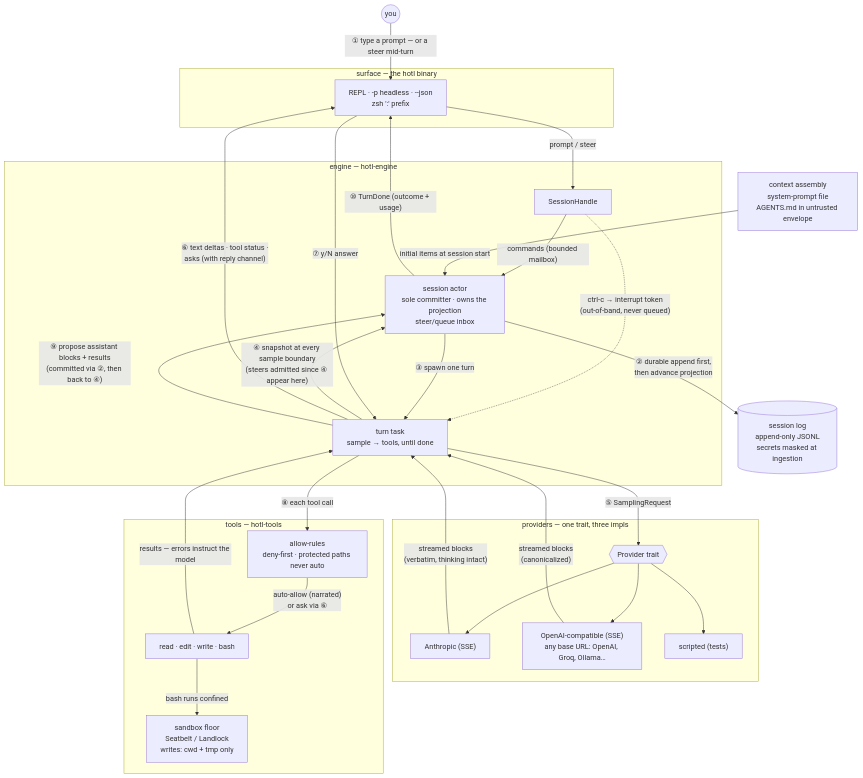
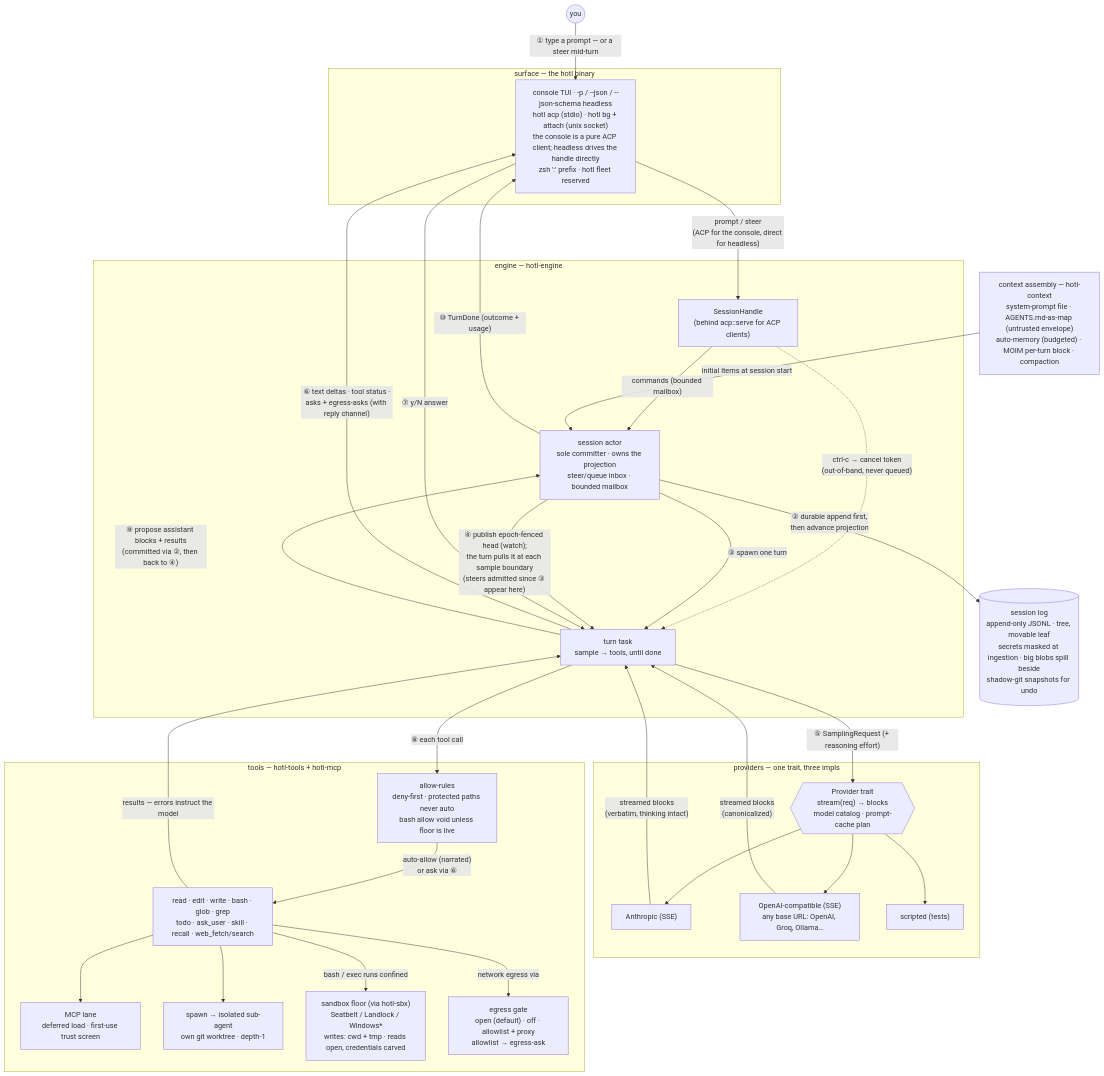
The diagram in ARCHITECTURE.md (nrakochy/hotl), drawn with Mermaid before and after one commit. The commit also changed other lines of this file, not shown here.

Commit message:
docs(architecture): refresh data-flow diagram to match shipped code
Verified the diagram against the current crates and corrected the drift:

- surface: the "REPL" node is gone — the console TUI is a pure ACP client of
  an in-process acp::serve; -p/--json/--json-schema is the headless path that
  drives SessionHandle directly; hotl acp / bg+attach are their own surfaces.
- flow (4): the turn no longer sends the actor a snapshot request; the actor
  publishes an epoch-fenced head over a watch channel that the turn pulls at
  each sample boundary.
- tools: the box now shows the real set (read/edit/write/bash/glob/grep,
  todo/ask_user/skill/recall/web_fetch/search), the MCP lane, the
  spawn/worktree lane, the tri-platform sandbox floor with the credential
  read-carve, and the previously-undrawn network egress gate.
- persistence/context: log node gains blob spill + shadow-git; context node
  gains auto-memory and the MOIM per-turn block.
- prose: the provider catalog ships (was "deferred"); "no RAG" softened to the
  opt-in recall tool; caption reframed since ACP is already the console's
  transport.

````diff
--- a/ARCHITECTURE.md
+++ b/ARCHITECTURE.md
@@ -38,53 +38,59 @@
 ```mermaid
 flowchart TB
     YOU((you))
 
     subgraph SURFACE["surface — the hotl binary"]
-        REPL["REPL · -p headless · --json<br/>zsh ':' prefix"]
+        CLIENT["console TUI · -p / --json / --json-schema headless<br/>hotl acp (stdio) · hotl bg + attach (unix socket)<br/>the console is a pure ACP client; headless drives the handle directly<br/>zsh ':' prefix · hotl fleet reserved"]
     end
 
     subgraph ENGINE["engine — hotl-engine"]
-        HANDLE["SessionHandle"]
-        ACTOR["session actor<br/>sole committer · owns the projection<br/>steer/queue inbox"]
+        HANDLE["SessionHandle<br/>(behind acp::serve for ACP clients)"]
+        ACTOR["session actor<br/>sole committer · owns the projection<br/>steer/queue inbox · bounded mailbox"]
         TURN["turn task<br/>sample → tools, until done"]
     end
 
     subgraph PROVIDERS["providers — one trait, three impls"]
-        P{{"Provider trait"}}
+        P{{"Provider trait<br/>stream(req) → blocks<br/>model catalog · prompt-cache plan"}}
         A["Anthropic (SSE)"]
         O["OpenAI-compatible (SSE)<br/>any base URL: OpenAI, Groq, Ollama…"]
         S["scripted (tests)"]
     end
 
-    subgraph TOOLS["tools — hotl-tools"]
-        RULES["allow-rules<br/>deny-first · protected paths never auto"]
-        T["read · edit · write · bash"]
-        SBX["sandbox floor<br/>Seatbelt / Landlock<br/>writes: cwd + tmp only"]
+    subgraph TOOLS["tools — hotl-tools + hotl-mcp"]
+        RULES["allow-rules<br/>deny-first · protected paths never auto<br/>bash allow void unless floor is live"]
+        T["read · edit · write · bash · glob · grep<br/>todo · ask_user · skill · recall · web_fetch/search"]
+        MCP["MCP lane<br/>deferred load · first-use trust screen"]
+        SPAWN["spawn → isolated sub-agent<br/>own git worktree · depth-1"]
+        SBX["sandbox floor (via hotl-sbx)<br/>Seatbelt / Landlock / Windows*<br/>writes: cwd + tmp · reads open, credentials carved"]
+        NET["egress gate<br/>open (default) · off · allowlist + proxy<br/>allowlist → egress-ask"]
     end
 
-    LOG[("session log<br/>append-only JSONL<br/>secrets masked at ingestion")]
-    CTX["context assembly<br/>system-prompt file<br/>AGENTS.md in untrusted envelope"]
+    LOG[("session log<br/>append-only JSONL · tree, movable leaf<br/>secrets masked at ingestion · big blobs spill beside<br/>shadow-git snapshots for undo")]
+    CTX["context assembly — hotl-context<br/>system-prompt file · AGENTS.md-as-map (untrusted envelope)<br/>auto-memory (budgeted) · MOIM per-turn block · compaction"]
 
-    YOU -->|"① type a prompt — or a steer mid-turn"| REPL
-    REPL -->|"prompt / steer"| HANDLE
+    YOU -->|"① type a prompt — or a steer mid-turn"| CLIENT
+    CLIENT -->|"prompt / steer<br/>(ACP for the console, direct for headless)"| HANDLE
     HANDLE -->|"commands (bounded mailbox)"| ACTOR
-    HANDLE -.->|"ctrl-c → interrupt token<br/>(out-of-band, never queued)"| TURN
+    HANDLE -.->|"ctrl-c → cancel token<br/>(out-of-band, never queued)"| TURN
     CTX -->|"initial items at session start"| ACTOR
     ACTOR -->|"② durable append first,<br/>then advance projection"| LOG
     ACTOR -->|"③ spawn one turn"| TURN
-    TURN -->|"④ snapshot at every sample boundary<br/>(steers admitted since ④ appear here)"| ACTOR
-    TURN -->|"⑤ SamplingRequest"| P
+    ACTOR -->|"④ publish epoch-fenced head (watch);<br/>the turn pulls it at each sample boundary<br/>(steers admitted since ③ appear here)"| TURN
+    TURN -->|"⑤ SamplingRequest (+ reasoning effort)"| P
     P --> A
     P --> O
     P --> S
     A -->|"streamed blocks<br/>(verbatim, thinking intact)"| TURN
     O -->|"streamed blocks<br/>(canonicalized)"| TURN
-    TURN -->|"⑥ text deltas · tool status ·<br/>asks (with reply channel)"| REPL
-    REPL -->|"⑦ y/N answer"| TURN
+    TURN -->|"⑥ text deltas · tool status ·<br/>asks + egress-asks (with reply channel)"| CLIENT
+    CLIENT -->|"⑦ y/N answer"| TURN
     TURN -->|"⑧ each tool call"| RULES
     RULES -->|"auto-allow (narrated)<br/>or ask via ⑥"| T
-    T -->|"bash runs confined"| SBX
+    T --> MCP
+    T --> SPAWN
+    T -->|"bash / exec runs confined"| SBX
+    T -->|"network egress via"| NET
     T -->|"results — errors instruct the model"| TURN
     TURN -->|"⑨ propose assistant blocks + results<br/>(committed via ②, then back to ④)"| ACTOR
-    ACTOR -->|"⑩ TurnDone (outcome + usage)"| REPL
+    ACTOR -->|"⑩ TurnDone (outcome + usage)"| CLIENT
 ```
````
